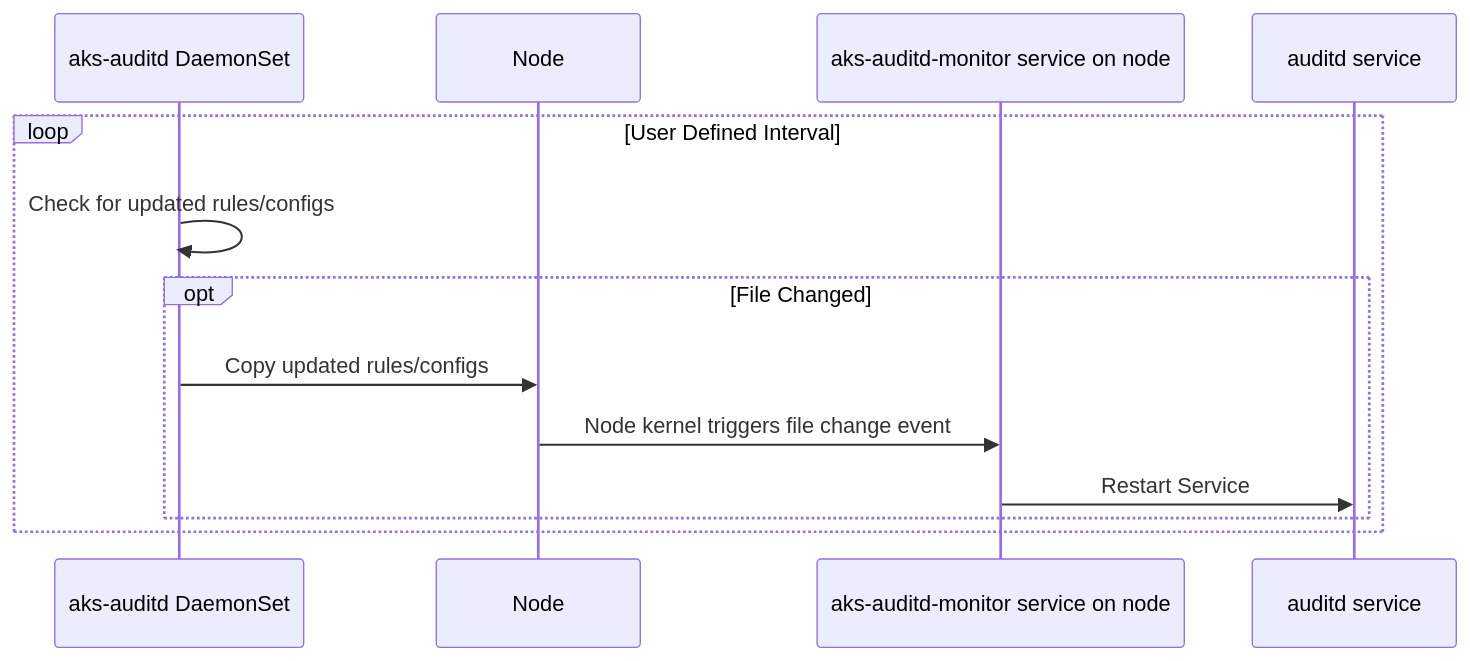
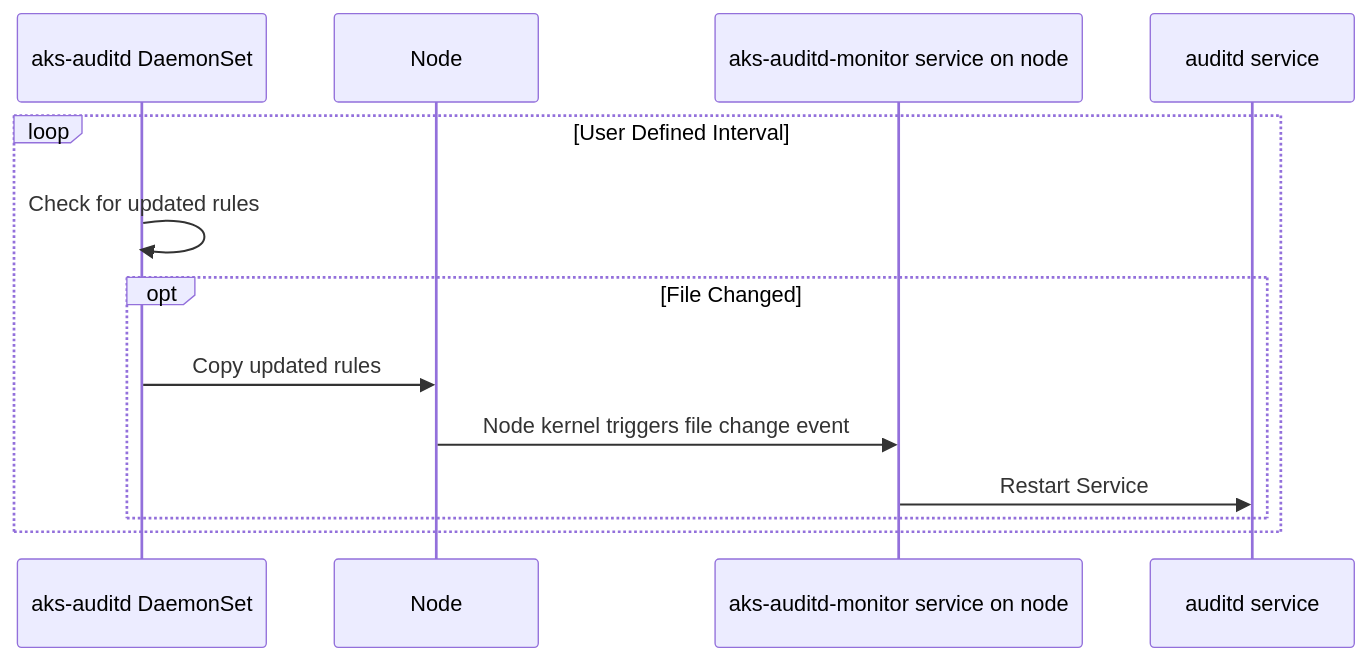
The second of 3 diagrams in README.md (KiPIDesTAN/aks-auditd), drawn with Mermaid before and after one commit. The commit also changed other lines of this file, not shown here.

````diff
--- a/README.md
+++ b/README.md
@@ -137,16 +136,16 @@
 ```mermaid
 sequenceDiagram
   participant aksauditdrun as aks-auditd DaemonSet
   participant workernode as Node
   participant aksauditdmonitor as aks-auditd-monitor service on node
   participant auditd as auditd service
 
   loop User Defined Interval
-      aksauditdrun->>aksauditdrun: Check for updated rules/configs
+      aksauditdrun->>aksauditdrun: Check for updated rules
     opt File Changed
-      aksauditdrun->>workernode: Copy updated rules/configs
+      aksauditdrun->>workernode: Copy updated rules
       workernode->>aksauditdmonitor: Node kernel triggers file change event
       aksauditdmonitor->>auditd: Restart Service
     end 
   end
 ```
````
